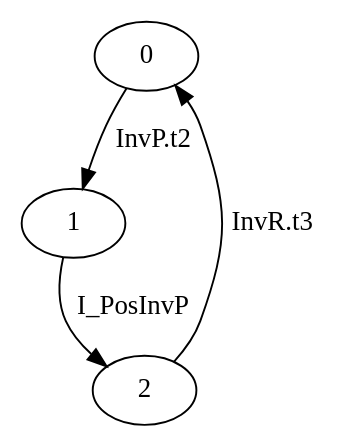
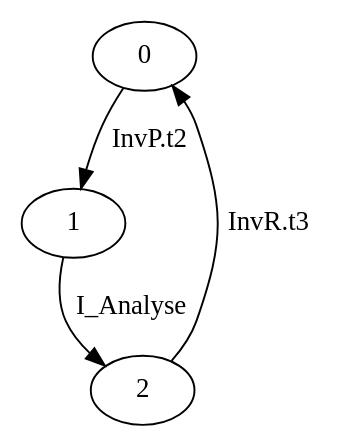
One commit to nsrosa70/midarch-go-v13 changed the diagram in src/cspspecs/MAPEK/ANALYSER.dot. Above: the diagram before and after it, drawn with Graphviz. The commit also changed 37 other files, not shown here.

Commit message:
EE like an architecture

```diff
--- a/src/cspspecs/MAPEK/ANALYSER.dot
+++ b/src/cspspecs/MAPEK/ANALYSER.dot
@@ -1,5 +1,5 @@
 digraph G {
   0 -> 1 [ label="InvP.t2" ];
-  1 -> 2 [ label="I_PosInvP" ];
+  1 -> 2 [ label="I_Analyse" ];
   2 -> 0 [ label="InvR.t3" ];
 }
```
